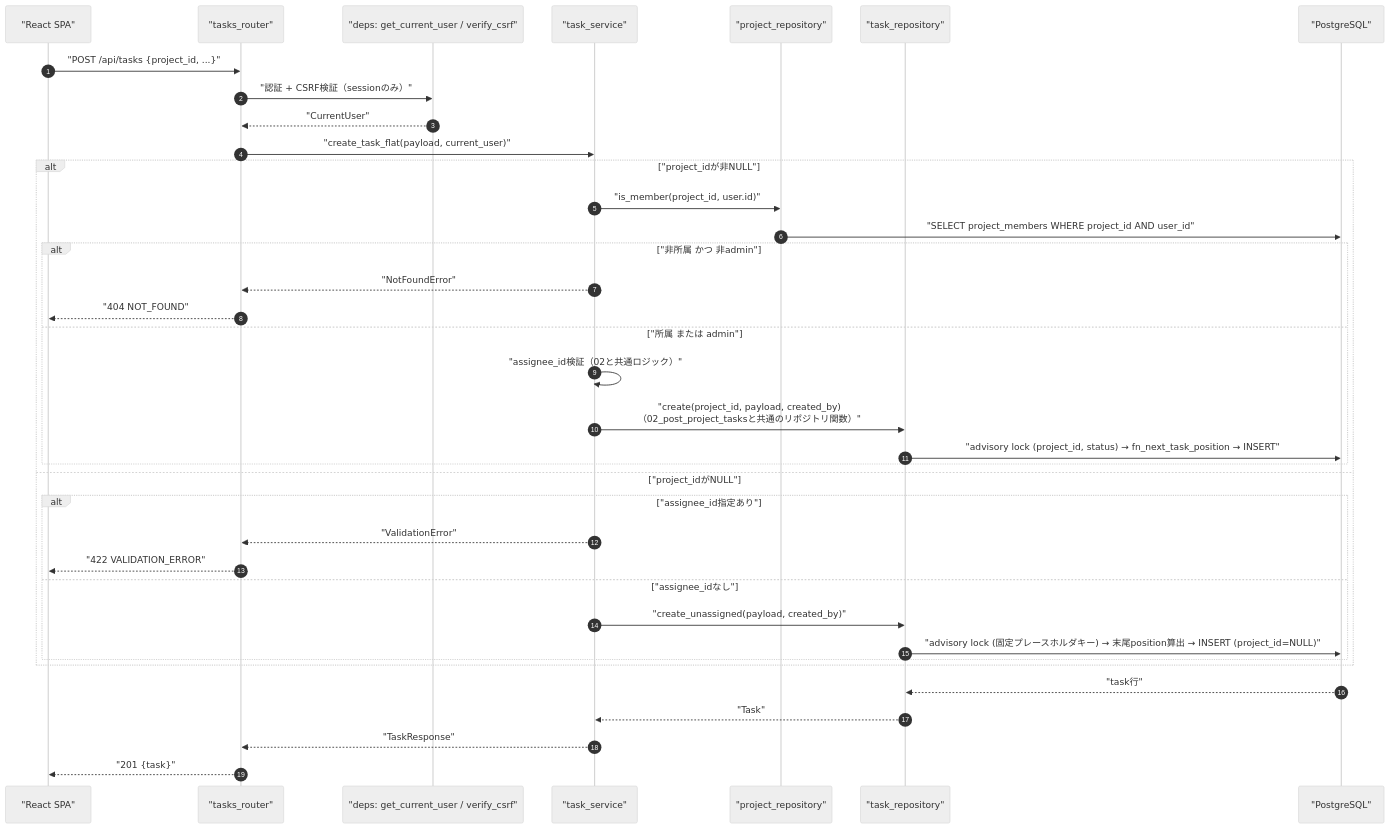
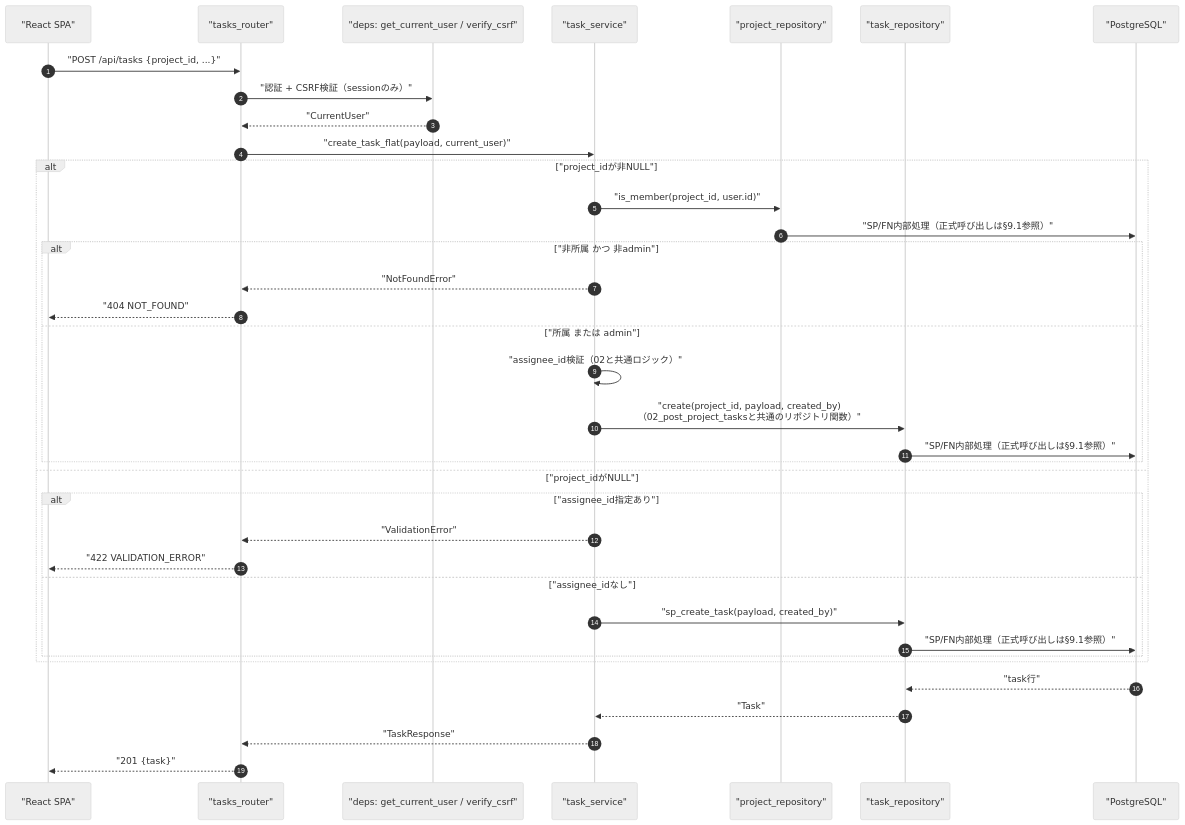
The first of 4 diagrams in detailed_design/api/tasks/11_post_tasks.md (oikawa-d/task_management), drawn with Mermaid (neutral theme) before and after one commit. The commit also changed other lines of this file and 58 other files, not shown here.

````diff
--- a/detailed_design/api/tasks/11_post_tasks.md
+++ b/detailed_design/api/tasks/11_post_tasks.md
@@ -117,40 +117,40 @@
 ```mermaid
 sequenceDiagram
     autonumber
     participant FE as "React SPA"
     participant R as "tasks_router"
     participant D as "deps: get_current_user / verify_csrf"
     participant S as "task_service"
     participant PR as "project_repository"
     participant TR as "task_repository"
     participant PG as "PostgreSQL"
 
     FE->>R: "POST /api/tasks {project_id, ...}"
     R->>D: "認証 + CSRF検証（sessionのみ）"
     D-->>R: "CurrentUser"
     R->>S: "create_task_flat(payload, current_user)"
     alt "project_idが非NULL"
         S->>PR: "is_member(project_id, user.id)"
-        PR->>PG: "SELECT project_members WHERE project_id AND user_id"
+        PR->>PG: "SP/FN内部処理（正式呼び出しは§9.1参照）"
         alt "非所属 かつ 非admin"
             S-->>R: "NotFoundError"
             R-->>FE: "404 NOT_FOUND"
         else "所属 または admin"
             S->>S: "assignee_id検証（02と共通ロジック）"
             S->>TR: "create(project_id, payload, created_by)<br/>（02_post_project_tasksと共通のリポジトリ関数）"
-            TR->>PG: "advisory lock (project_id, status) → fn_next_task_position → INSERT"
+            TR->>PG: "SP/FN内部処理（正式呼び出しは§9.1参照）"
         end
     else "project_idがNULL"
         alt "assignee_id指定あり"
             S-->>R: "ValidationError"
             R-->>FE: "422 VALIDATION_ERROR"
         else "assignee_idなし"
-            S->>TR: "create_unassigned(payload, created_by)"
-            TR->>PG: "advisory lock (固定プレースホルダキー) → 末尾position算出 → INSERT (project_id=NULL)"
+            S->>TR: "sp_create_task(payload, created_by)"
+            TR->>PG: "SP/FN内部処理（正式呼び出しは§9.1参照）"
         end
     end
     PG-->>TR: "task行"
     TR-->>S: "Task"
     S-->>R: "TaskResponse"
     R-->>FE: "201 {task}"
 ```
````
